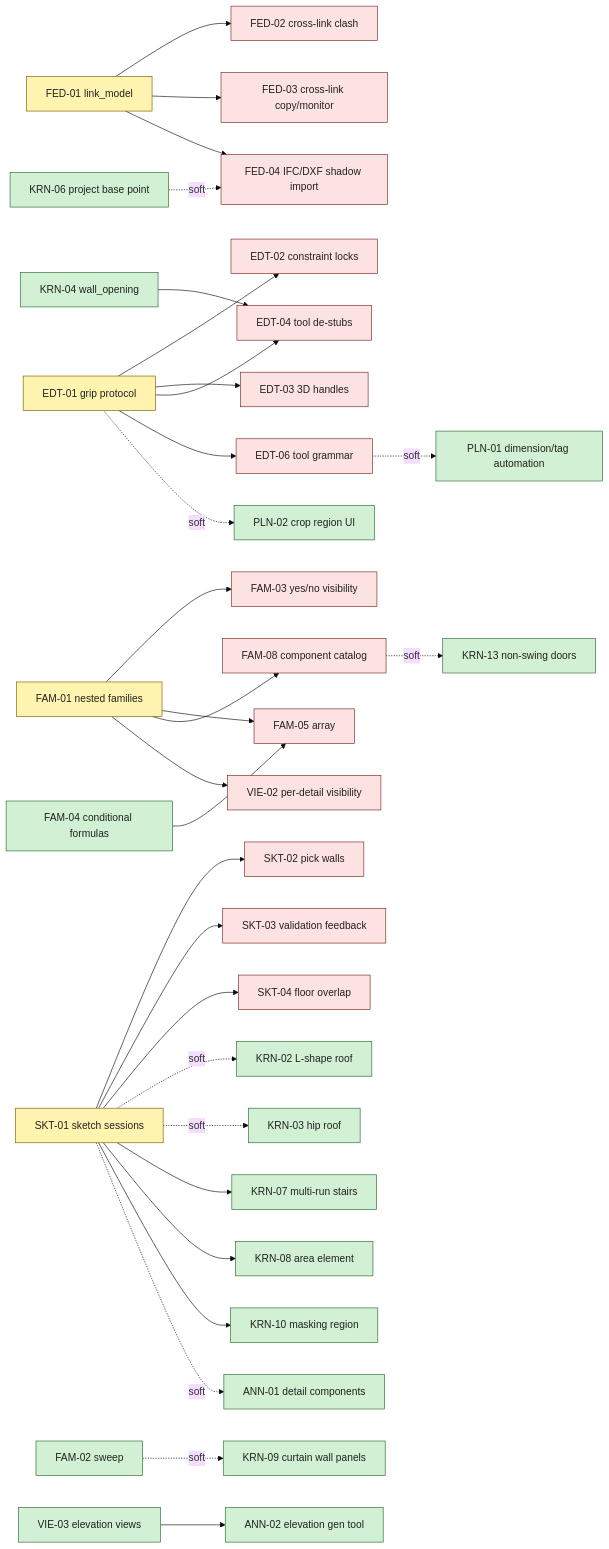
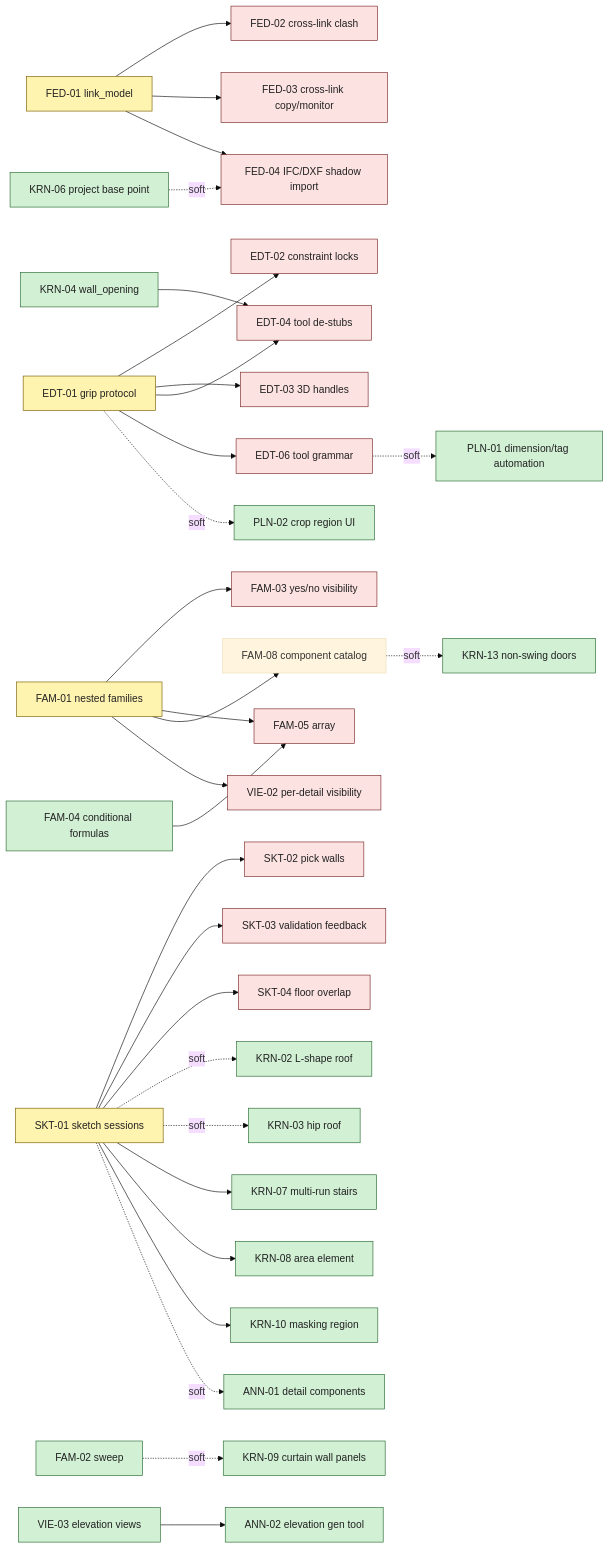
One commit to jhoetter/bim-ai changed the diagram in spec/workpackage-master-tracker.md. Above: the diagram before and after it, drawn with Mermaid (base theme). The commit also changed other lines of this file and 20 other files, not shown here.

````diff
--- a/spec/workpackage-master-tracker.md
+++ b/spec/workpackage-master-tracker.md
@@ -53,80 +53,80 @@
 ```mermaid
 graph LR
   classDef keystone fill:#fff3b0,stroke:#7a5e00,color:#222;
   classDef ready fill:#d1f0d4,stroke:#2a6a32,color:#222;
   classDef blocked fill:#fde2e2,stroke:#7a2727,color:#222;
 
   FED01[FED-01 link_model]:::keystone
   FED02[FED-02 cross-link clash]:::blocked
   FED03[FED-03 cross-link copy/monitor]:::blocked
   FED04[FED-04 IFC/DXF shadow import]:::blocked
 
   EDT01[EDT-01 grip protocol]:::keystone
   EDT02[EDT-02 constraint locks]:::blocked
   EDT03[EDT-03 3D handles]:::blocked
   EDT04[EDT-04 tool de-stubs]:::blocked
   EDT06[EDT-06 tool grammar]:::blocked
 
   SKT01[SKT-01 sketch sessions]:::keystone
   SKT02[SKT-02 pick walls]:::blocked
   SKT03[SKT-03 validation feedback]:::blocked
   SKT04[SKT-04 floor overlap]:::blocked
 
   FAM01[FAM-01 nested families]:::keystone
   FAM02[FAM-02 sweep]:::ready
   FAM03[FAM-03 yes/no visibility]:::blocked
   FAM04[FAM-04 conditional formulas]:::ready
   FAM05[FAM-05 array]:::blocked
-  FAM08[FAM-08 component catalog]:::blocked
+  FAM08[FAM-08 component catalog]:::done
 
   VIE02[VIE-02 per-detail visibility]:::blocked
   VIE03[VIE-03 elevation views]:::ready
 
   KRN02[KRN-02 L-shape roof]:::ready
   KRN03[KRN-03 hip roof]:::ready
   KRN04[KRN-04 wall_opening]:::ready
   KRN06[KRN-06 project base point]:::ready
   KRN07[KRN-07 multi-run stairs]:::ready
   KRN08[KRN-08 area element]:::ready
   KRN09[KRN-09 curtain wall panels]:::ready
   KRN10[KRN-10 masking region]:::ready
   KRN13[KRN-13 non-swing doors]:::ready
 
   ANN01[ANN-01 detail components]:::ready
   ANN02[ANN-02 elevation gen tool]:::ready
   PLN01[PLN-01 dimension/tag automation]:::ready
   PLN02[PLN-02 crop region UI]:::ready
 
   FED01 --> FED02
   FED01 --> FED03
   FED01 --> FED04
   KRN06 -.soft.-> FED04
 
   EDT01 --> EDT02
   EDT01 --> EDT03
   EDT01 --> EDT04
   EDT01 --> EDT06
   KRN04 --> EDT04
   EDT01 -.soft.-> PLN02
   EDT06 -.soft.-> PLN01
 
   SKT01 --> SKT02
   SKT01 --> SKT03
   SKT01 --> SKT04
   SKT01 -.soft.-> KRN02
   SKT01 -.soft.-> KRN03
   SKT01 --> KRN07
   SKT01 --> KRN08
   SKT01 --> KRN10
   SKT01 -.soft.-> ANN01
 
   FAM01 --> FAM03
   FAM01 --> FAM05
   FAM01 --> FAM08
   FAM04 --> FAM05
   FAM01 --> VIE02
   FAM02 -.soft.-> KRN09
   FAM08 -.soft.-> KRN13
 
   VIE03 --> ANN02
 ```
````
